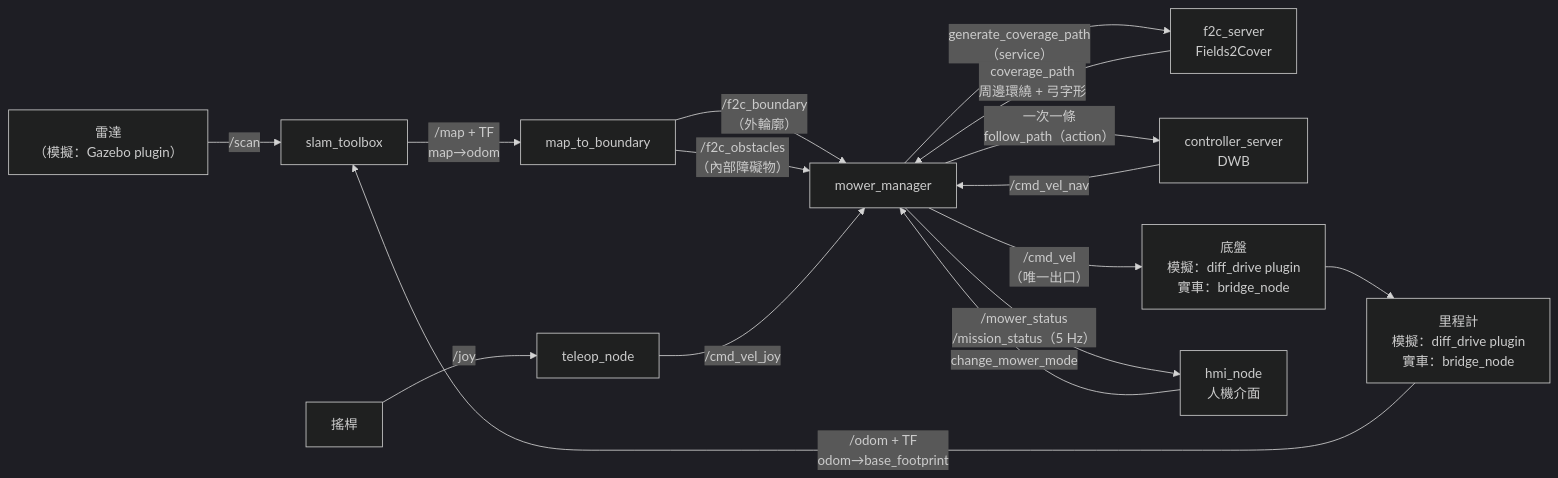
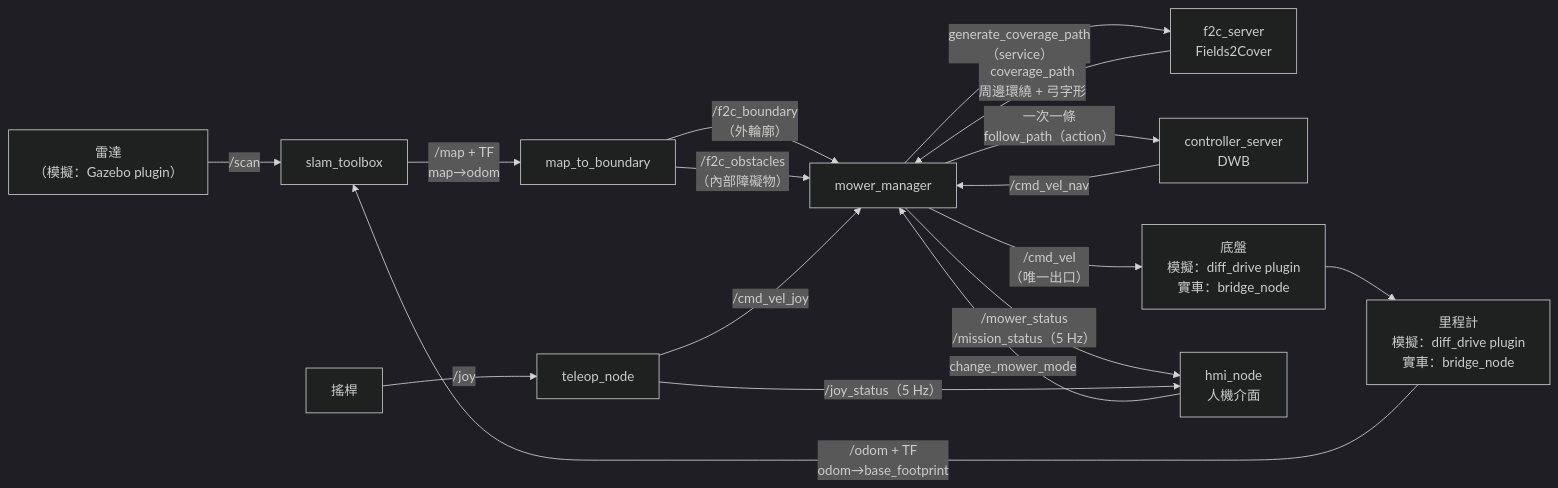
Before and after one commit to a04151997/mowerbot: the second of 7 diagrams in docs/architecture.md, drawn with Mermaid (dark theme). The commit also changed other lines of this file and 6 other files, not shown here.

First line of the commit message:
階段19 模式仲裁查核（結論：無差異）、/joy_status 手把連線狀態、HMI 顯示

````diff
--- a/docs/architecture.md
+++ b/docs/architecture.md
@@ -73,18 +73,19 @@
 ```mermaid
 graph LR
     LIDAR["雷達<br/>（模擬：Gazebo plugin）"] -->|"/scan"| SLAM["slam_toolbox"]
     ODO["里程計<br/>模擬：diff_drive plugin<br/>實車：bridge_node"] -->|"/odom + TF<br/>odom→base_footprint"| SLAM
     SLAM -->|"/map + TF<br/>map→odom"| B2B["map_to_boundary"]
     B2B -->|"/f2c_boundary<br/>（外輪廓）"| MGR["mower_manager"]
     B2B -->|"/f2c_obstacles<br/>（內部障礙物）"| MGR
     MGR -->|"generate_coverage_path<br/>（service）"| F2C["f2c_server<br/>Fields2Cover"]
     F2C -->|"coverage_path<br/>周邊環繞 + 弓字形"| MGR
     MGR -->|"一次一條<br/>follow_path（action）"| NAV["controller_server<br/>DWB"]
     NAV -->|"/cmd_vel_nav"| MGR
     JOY["搖桿"] -->|"/joy"| TEL["teleop_node"]
     TEL -->|"/cmd_vel_joy"| MGR
     MGR -->|"/cmd_vel<br/>（唯一出口）"| CHASSIS["底盤<br/>模擬：diff_drive plugin<br/>實車：bridge_node"]
     CHASSIS --> ODO
     MGR -->|"/mower_status<br/>/mission_status（5 Hz）"| HMI["hmi_node<br/>人機介面"]
+    TEL -->|"/joy_status（5 Hz）"| HMI
     HMI -->|"change_mower_mode"| MGR
 ```
````
